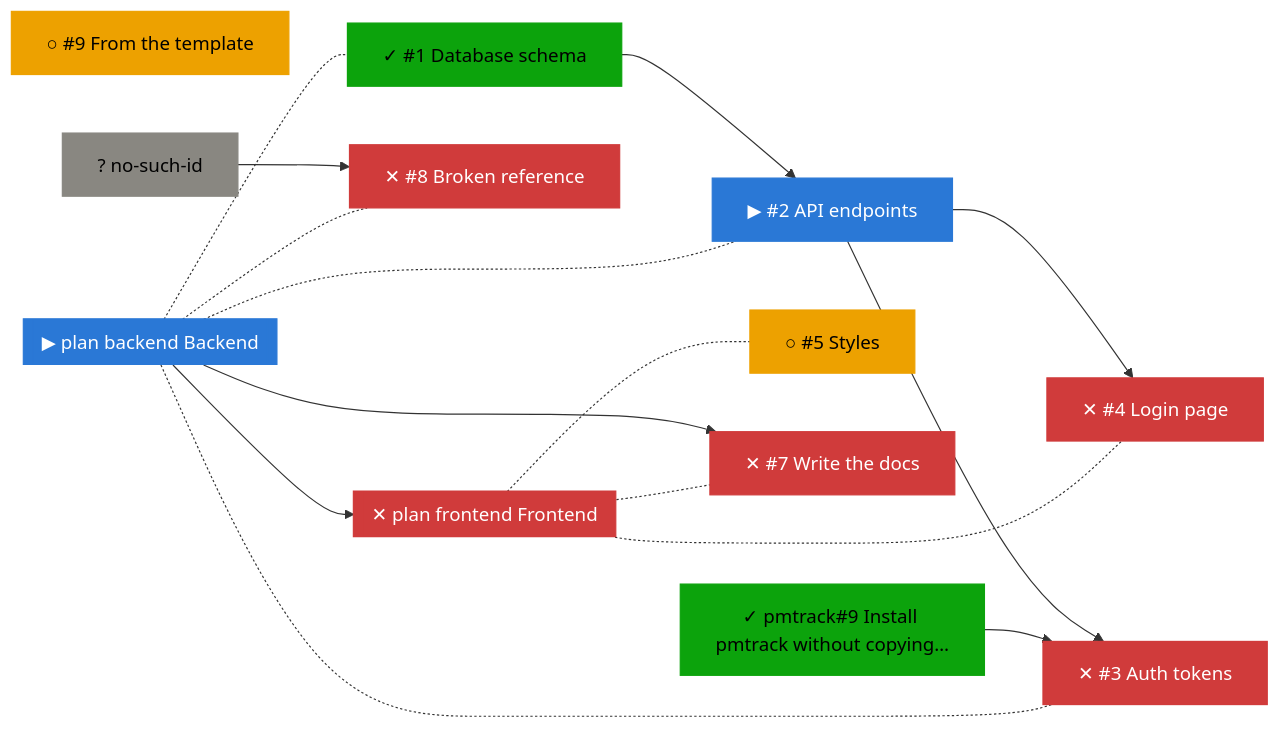
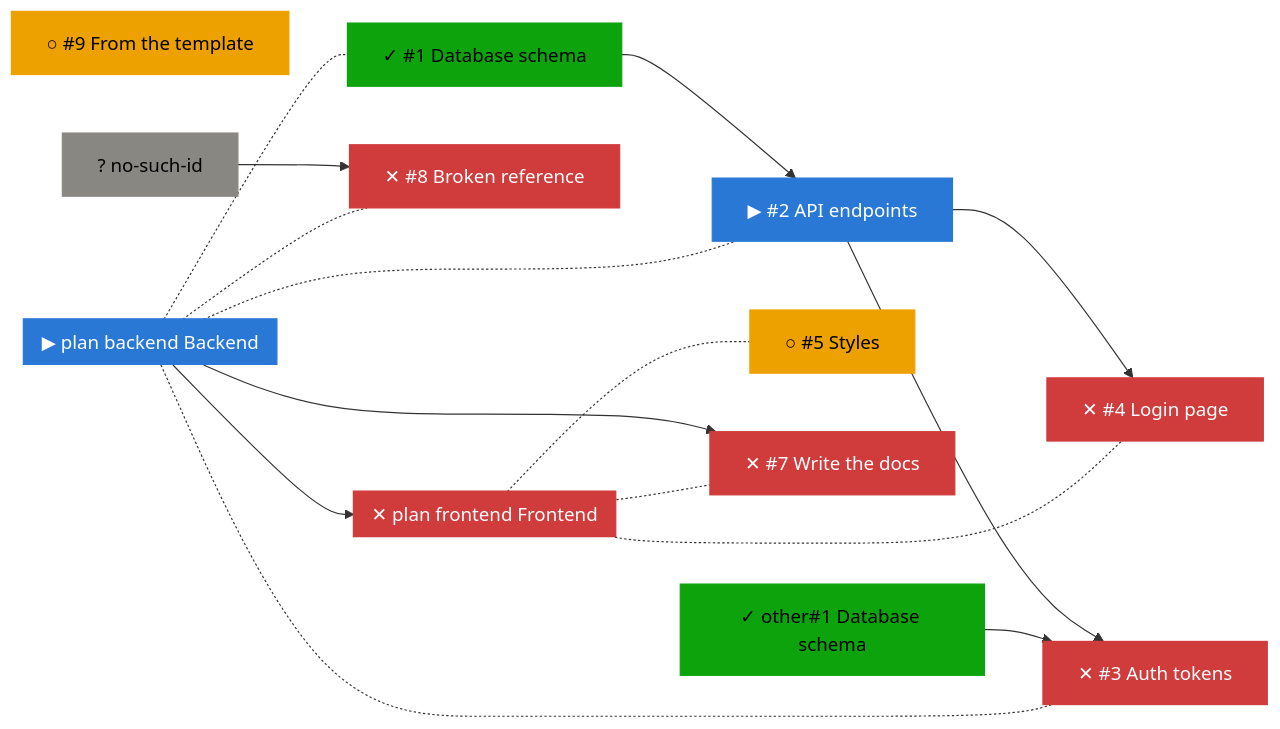
One commit to bvraghav/pm-dummy changed the fourth of 4 diagrams in progress/README.md. Above: the diagram before and after it, drawn with Mermaid. The commit also changed 2 other files, not shown here.

Commit message:
Depend across forges on the other copy of this project

````diff
--- a/progress/README.md
+++ b/progress/README.md
@@ -76,34 +76,34 @@
 ```mermaid
 flowchart LR
   n0["✓ #1 Database schema"]:::done
   n1["▶ #2 API endpoints"]:::active
   n2["✕ #3 Auth tokens"]:::blocked
   n3["✕ #4 Login page"]:::blocked
   n4["○ #5 Styles"]:::ready
   n5["✕ #7 Write the docs"]:::blocked
   n6["✕ #8 Broken reference"]:::blocked
   n7["○ #9 From the template"]:::ready
-  n8[["▶ plan backend Backend"]]:::active
-  n9[["✕ plan frontend Frontend"]]:::blocked
-  n10["✓ pmtrack#9 Install pmtrack without copying…"]:::done
+  n8["✓ other#1 Database schema"]:::done
+  n9[["▶ plan backend Backend"]]:::active
+  n10[["✕ plan frontend Frontend"]]:::blocked
   n0 --> n1
   n1 --> n2
-  n10 --> n2
+  n8 --> n2
   n1 --> n3
-  n8 --> n5
+  n9 --> n5
   n6_u0["? no-such-id"]:::unknown --> n6
-  n8 -.- n0
-  n8 -.- n1
-  n8 -.- n2
-  n8 -.- n6
-  n9 -.- n3
-  n9 -.- n4
-  n9 -.- n5
-  n8 --> n9
+  n9 -.- n0
+  n9 -.- n1
+  n9 -.- n2
+  n9 -.- n6
+  n10 -.- n3
+  n10 -.- n4
+  n10 -.- n5
+  n9 --> n10
   classDef done fill:#0ca30c,color:#000,stroke:#0ca30c
   classDef active fill:#2a78d6,color:#fff,stroke:#2a78d6
   classDef ready fill:#eda100,color:#000,stroke:#eda100
   classDef blocked fill:#d03b3b,color:#fff,stroke:#d03b3b
   classDef unknown fill:#898781,color:#000,stroke:#898781
   classDef dropped fill:#898781,color:#000,stroke:#898781
 ```
````
